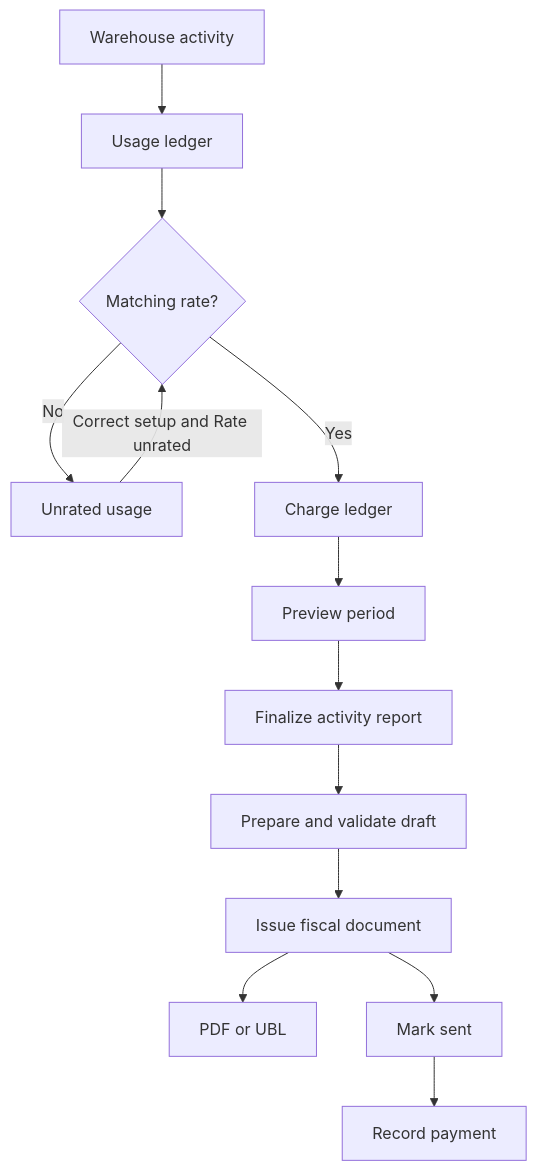
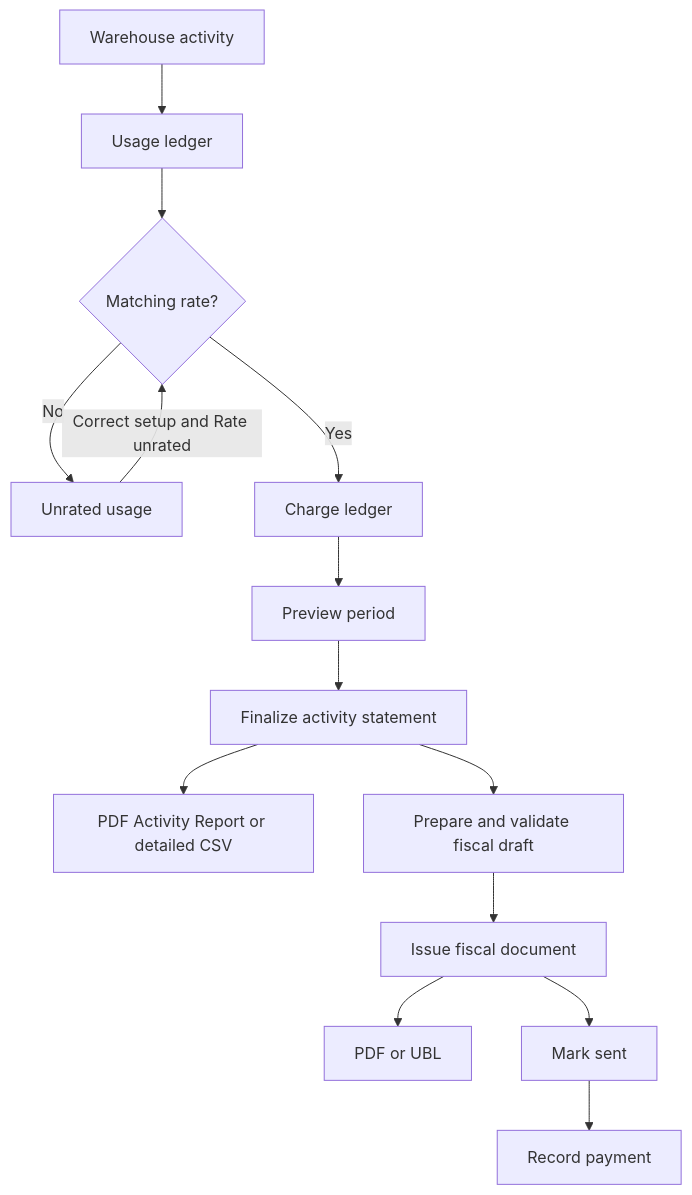
One commit to msmurygin/quark-docs changed the first of 2 diagrams in docs-obsidian/user-guide/admin/15-billing-lite-and-vat.md. Above: the diagram before and after it, drawn with Mermaid. The commit also changed other lines of this file, not shown here.

Commit message:
docs: add billing activity report workflow

````diff
--- a/docs-obsidian/user-guide/admin/15-billing-lite-and-vat.md
+++ b/docs-obsidian/user-guide/admin/15-billing-lite-and-vat.md
@@ -29,15 +30,16 @@
 ```mermaid
 flowchart TB
     A["Warehouse activity"] --> U["Usage ledger"]
     U --> R{"Matching rate?"}
     R -->|"No"| X["Unrated usage"]
     X -->|"Correct setup and Rate unrated"| R
     R -->|"Yes"| C["Charge ledger"]
     C --> P["Preview period"]
-    P --> F["Finalize activity report"]
-    F --> D["Prepare and validate draft"]
+    P --> F["Finalize activity statement"]
+    F --> AR["PDF Activity Report or detailed CSV"]
+    F --> D["Prepare and validate fiscal draft"]
     D --> I["Issue fiscal document"]
     I --> O["PDF or UBL"]
     I --> S["Mark sent"]
     S --> Y["Record payment"]
 ```
````
